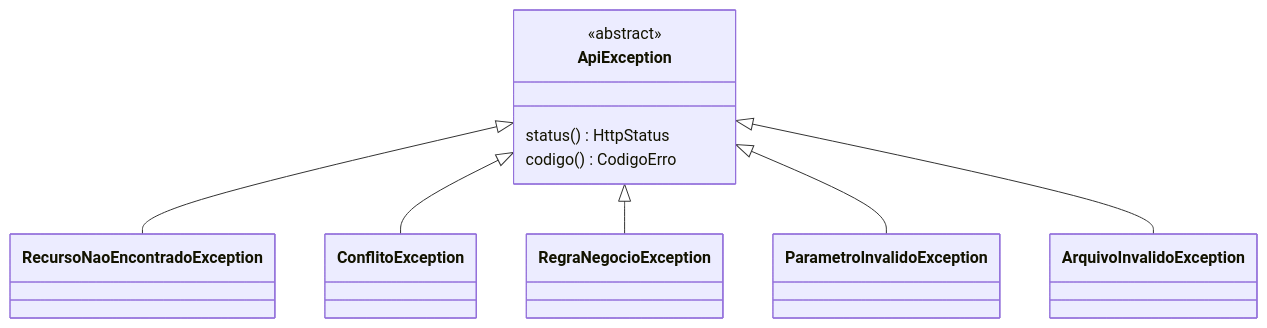
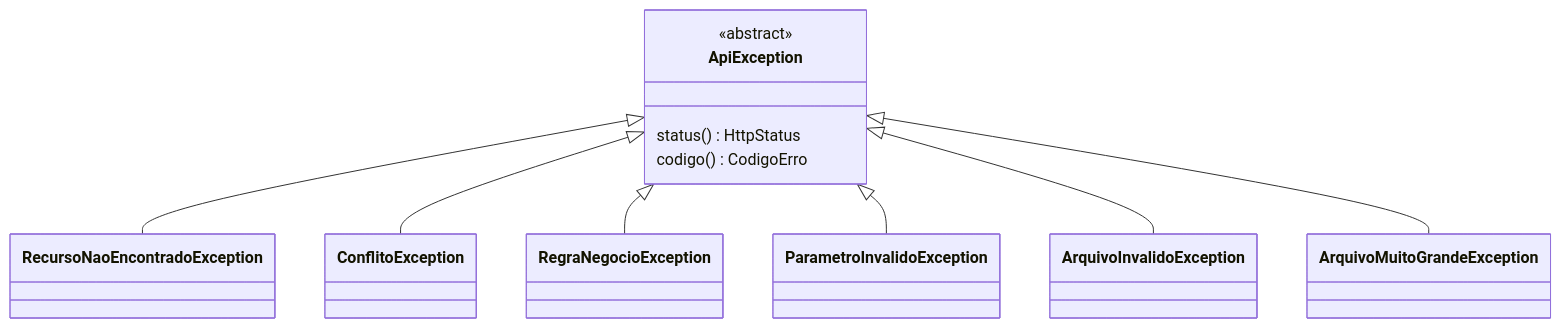
One commit to rafaelsdiniz/obrigacoes-backend changed the seventh of 10 diagrams in docs/02-arquitetura.md. Above: the diagram before and after it, drawn with Mermaid. The commit also changed other lines of this file and 4 other files, not shown here.

````diff
--- a/docs/02-arquitetura.md
+++ b/docs/02-arquitetura.md
@@ -272,14 +274,15 @@
 ```mermaid
 classDiagram
     direction TB
     class ApiException {
         <<abstract>>
         status() HttpStatus
         codigo() CodigoErro
     }
     ApiException <|-- RecursoNaoEncontradoException
     ApiException <|-- ConflitoException
     ApiException <|-- RegraNegocioException
     ApiException <|-- ParametroInvalidoException
     ApiException <|-- ArquivoInvalidoException
+    ApiException <|-- ArquivoMuitoGrandeException
 ```
````
